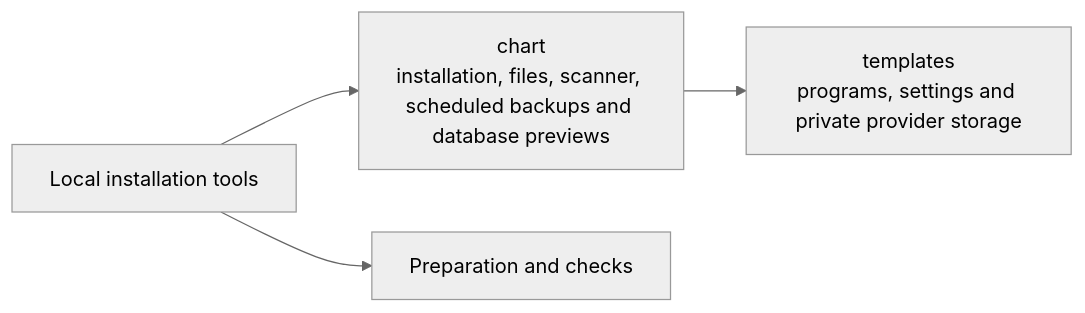
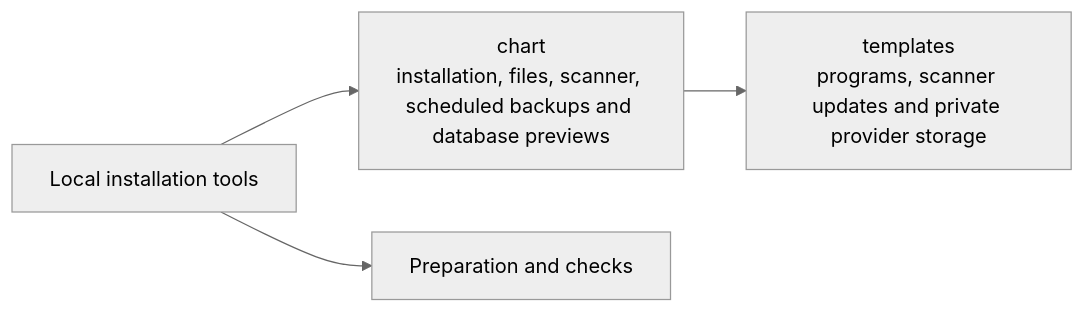
Before and after one commit to elewa-git/opencrane-new: the diagram in infra/package/chart/README.md, drawn with Mermaid (neutral theme). The commit also changed other lines of this file and 30 other files, not shown here.

````diff
--- a/infra/package/chart/README.md
+++ b/infra/package/chart/README.md
@@ -38,6 +39,6 @@
 ```mermaid
 flowchart LR
   package["Local installation tools"] --> chart["chart<br/>installation, files, scanner, scheduled backups and database previews"]
   package --> prepare["Preparation and checks"]
-  chart --> templates["templates<br/>programs, settings and private provider storage"]
+  chart --> templates["templates<br/>programs, scanner updates and private provider storage"]
 ```
````
